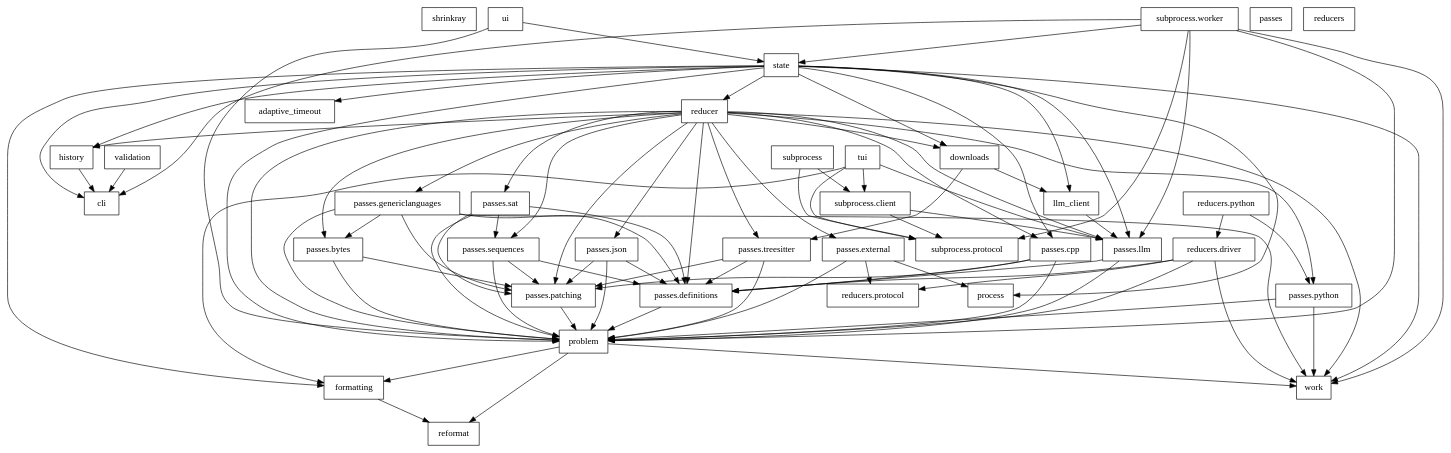
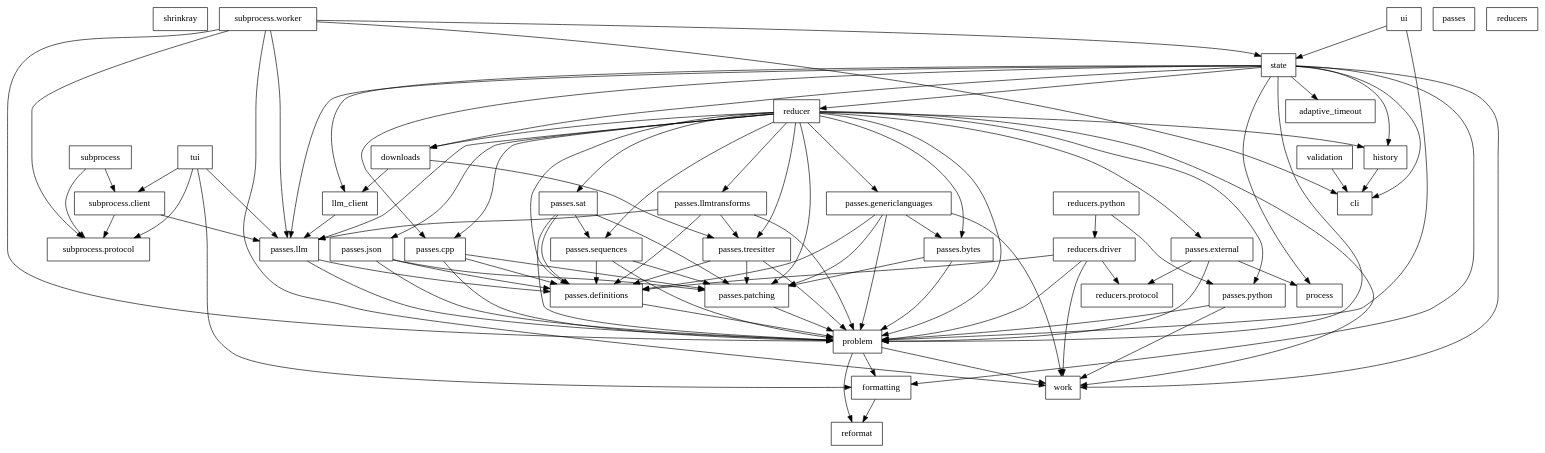
One commit to DRMacIver/shrinkray changed the diagram in notes/import-graph.dot. Above: the diagram before and after it, drawn with Graphviz. The commit also changed 5 other files, not shown here.

```diff
--- a/notes/import-graph.dot
+++ b/notes/import-graph.dot
@@ -1,134 +1,140 @@
 digraph imports {
     rankdir=TB;
     node [shape=box];
 
     "shrinkray";
     "adaptive_timeout";
     "cli";
     "downloads";
     "formatting";
     "history";
     "llm_client";
     "passes";
     "passes.bytes";
     "passes.cpp";
     "passes.definitions";
     "passes.external";
     "passes.genericlanguages";
     "passes.json";
     "passes.llm";
+    "passes.llmtransforms";
     "passes.patching";
     "passes.python";
     "passes.sat";
     "passes.sequences";
     "passes.treesitter";
     "problem";
     "process";
     "reducer";
     "reducers";
     "reducers.driver";
     "reducers.protocol";
     "reducers.python";
     "reformat";
     "state";
     "subprocess";
     "subprocess.client";
     "subprocess.protocol";
     "subprocess.worker";
     "tui";
     "ui";
     "validation";
     "work";
 
     "downloads" -> "llm_client";
     "downloads" -> "passes.treesitter";
     "formatting" -> "reformat";
     "history" -> "cli";
     "llm_client" -> "passes.llm";
     "passes.bytes" -> "passes.patching";
     "passes.bytes" -> "problem";
     "passes.cpp" -> "passes.definitions";
     "passes.cpp" -> "passes.patching";
     "passes.cpp" -> "problem";
     "passes.definitions" -> "problem";
     "passes.external" -> "problem";
     "passes.external" -> "process";
     "passes.external" -> "reducers.protocol";
     "passes.genericlanguages" -> "passes.bytes";
     "passes.genericlanguages" -> "passes.definitions";
     "passes.genericlanguages" -> "passes.patching";
     "passes.genericlanguages" -> "problem";
     "passes.genericlanguages" -> "work";
     "passes.json" -> "passes.definitions";
     "passes.json" -> "passes.patching";
     "passes.json" -> "problem";
     "passes.llm" -> "passes.definitions";
     "passes.llm" -> "problem";
+    "passes.llmtransforms" -> "passes.definitions";
+    "passes.llmtransforms" -> "passes.llm";
+    "passes.llmtransforms" -> "passes.treesitter";
+    "passes.llmtransforms" -> "problem";
     "passes.patching" -> "problem";
     "passes.python" -> "problem";
     "passes.python" -> "work";
     "passes.sat" -> "passes.definitions";
     "passes.sat" -> "passes.patching";
     "passes.sat" -> "passes.sequences";
     "passes.sat" -> "problem";
     "passes.sequences" -> "passes.definitions";
     "passes.sequences" -> "passes.patching";
     "passes.sequences" -> "problem";
     "passes.treesitter" -> "passes.definitions";
     "passes.treesitter" -> "passes.patching";
     "passes.treesitter" -> "problem";
     "problem" -> "formatting";
     "problem" -> "reformat";
     "problem" -> "work";
     "reducer" -> "downloads";
     "reducer" -> "history";
     "reducer" -> "passes.bytes";
     "reducer" -> "passes.cpp";
     "reducer" -> "passes.definitions";
     "reducer" -> "passes.external";
     "reducer" -> "passes.genericlanguages";
     "reducer" -> "passes.json";
     "reducer" -> "passes.llm";
+    "reducer" -> "passes.llmtransforms";
     "reducer" -> "passes.patching";
     "reducer" -> "passes.python";
     "reducer" -> "passes.sat";
     "reducer" -> "passes.sequences";
     "reducer" -> "passes.treesitter";
     "reducer" -> "problem";
     "reducer" -> "work";
     "reducers.driver" -> "passes.definitions";
     "reducers.driver" -> "problem";
     "reducers.driver" -> "reducers.protocol";
     "reducers.driver" -> "work";
     "reducers.python" -> "passes.python";
     "reducers.python" -> "reducers.driver";
     "state" -> "adaptive_timeout";
     "state" -> "cli";
     "state" -> "downloads";
     "state" -> "formatting";
     "state" -> "history";
     "state" -> "llm_client";
     "state" -> "passes.cpp";
     "state" -> "passes.llm";
     "state" -> "problem";
     "state" -> "process";
     "state" -> "reducer";
     "state" -> "work";
     "subprocess" -> "subprocess.client";
     "subprocess" -> "subprocess.protocol";
     "subprocess.client" -> "passes.llm";
     "subprocess.client" -> "subprocess.protocol";
     "subprocess.worker" -> "cli";
     "subprocess.worker" -> "passes.llm";
     "subprocess.worker" -> "problem";
     "subprocess.worker" -> "state";
     "subprocess.worker" -> "subprocess.protocol";
     "subprocess.worker" -> "work";
     "tui" -> "formatting";
     "tui" -> "passes.llm";
     "tui" -> "subprocess.client";
     "tui" -> "subprocess.protocol";
     "ui" -> "problem";
     "ui" -> "state";
     "validation" -> "cli";
 }
```
